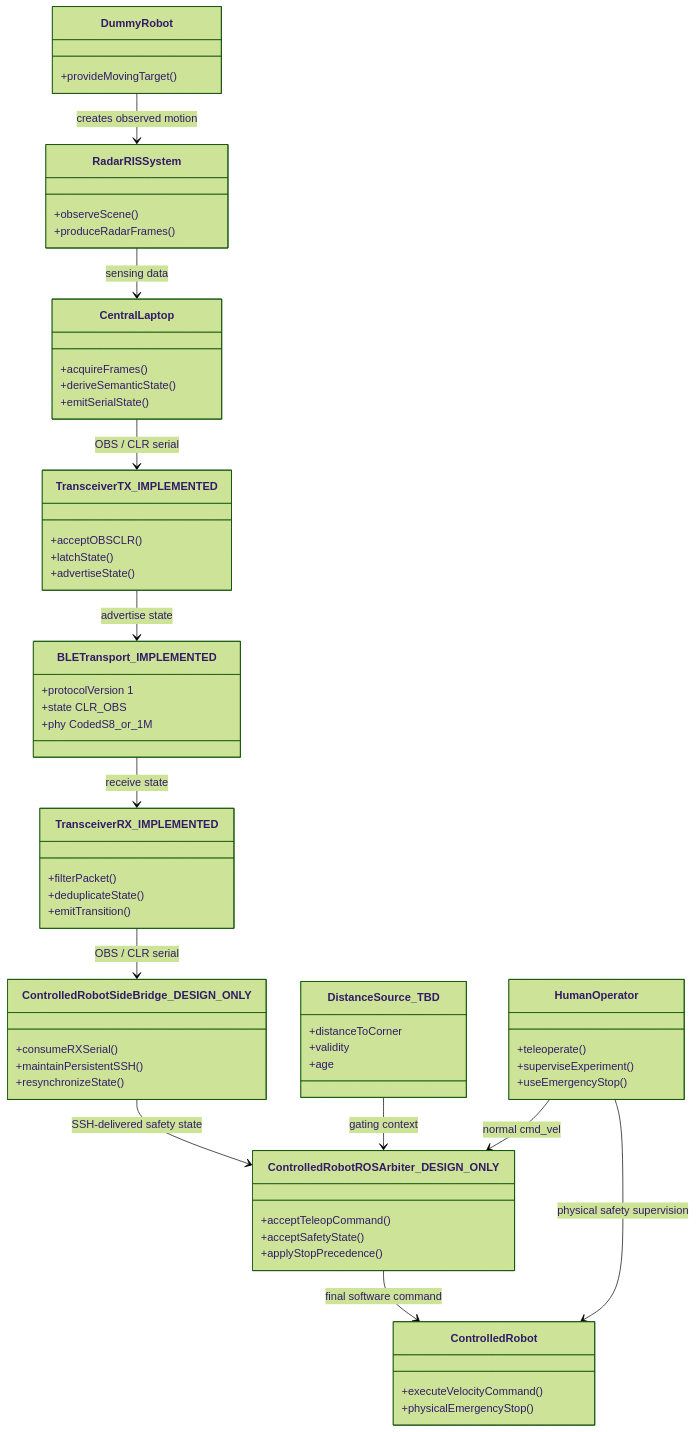
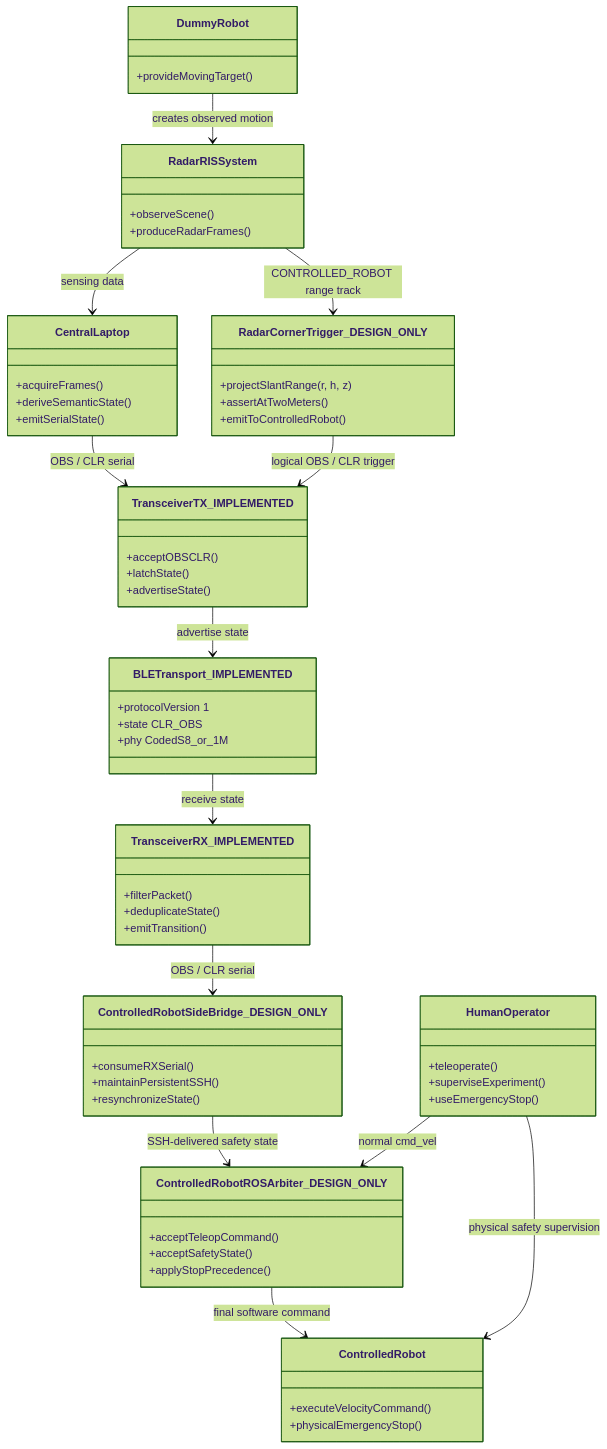
The first of 12 diagrams in docs/architecture/system/views.md (kirolossedra/RIS-Robotics), drawn with Mermaid (forest theme) before and after one commit. The commit also changed other lines of this file and 27 other files, not shown here.

Commit message:
docs: specify Husky corner proximity trigger protocol

````diff
--- a/docs/architecture/system/views.md
+++ b/docs/architecture/system/views.md
@@ -52,66 +52,67 @@
 ```mermaid
 classDiagram
     class DummyRobot {
         +provideMovingTarget()
     }
     class RadarRISSystem {
         +observeScene()
         +produceRadarFrames()
     }
     class CentralLaptop {
         +acquireFrames()
         +deriveSemanticState()
         +emitSerialState()
     }
     class TransceiverTX_IMPLEMENTED {
         +acceptOBSCLR()
         +latchState()
         +advertiseState()
     }
     class BLETransport_IMPLEMENTED {
         +protocolVersion 1
         +state CLR_OBS
         +phy CodedS8_or_1M
     }
     class TransceiverRX_IMPLEMENTED {
         +filterPacket()
         +deduplicateState()
         +emitTransition()
     }
     class Controlled RobotSideBridge_DESIGN_ONLY {
         +consumeRXSerial()
         +maintainPersistentSSH()
         +resynchronizeState()
     }
     class Controlled RobotROSArbiter_DESIGN_ONLY {
         +acceptTeleopCommand()
         +acceptSafetyState()
         +applyStopPrecedence()
     }
-    class DistanceSource_TBD {
-        +distanceToCorner
-        +validity
-        +age
+    class RadarCornerTrigger_DESIGN_ONLY {
+        +projectSlantRange(r, h, z)
+        +assertAtTwoMeters()
+        +emitToControlledRobot()
     }
     class ControlledRobot {
         +executeVelocityCommand()
         +physicalEmergencyStop()
     }
     class HumanOperator {
         +teleoperate()
         +superviseExperiment()
         +useEmergencyStop()
     }
 
     DummyRobot --> RadarRISSystem : creates observed motion
     RadarRISSystem --> CentralLaptop : sensing data
     CentralLaptop --> TransceiverTX_IMPLEMENTED : OBS / CLR serial
     TransceiverTX_IMPLEMENTED --> BLETransport_IMPLEMENTED : advertise state
     BLETransport_IMPLEMENTED --> TransceiverRX_IMPLEMENTED : receive state
     TransceiverRX_IMPLEMENTED --> Controlled RobotSideBridge_DESIGN_ONLY : OBS / CLR serial
     Controlled RobotSideBridge_DESIGN_ONLY --> Controlled RobotROSArbiter_DESIGN_ONLY : SSH-delivered safety state
-    DistanceSource_TBD --> Controlled RobotROSArbiter_DESIGN_ONLY : gating context
+    RadarRISSystem --> RadarCornerTrigger_DESIGN_ONLY : CONTROLLED_ROBOT range track
+    RadarCornerTrigger_DESIGN_ONLY --> TransceiverTX_IMPLEMENTED : logical OBS / CLR trigger
     HumanOperator --> Controlled RobotROSArbiter_DESIGN_ONLY : normal cmd_vel
     Controlled RobotROSArbiter_DESIGN_ONLY --> ControlledRobot : final software command
     HumanOperator --> ControlledRobot : physical safety supervision
 ```
````
